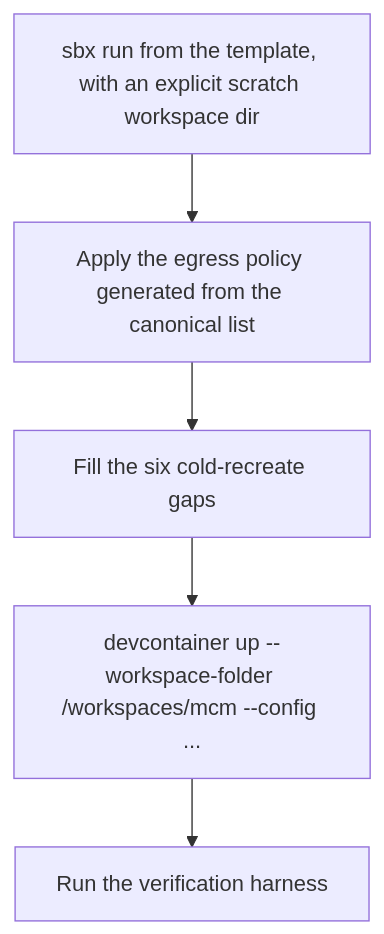
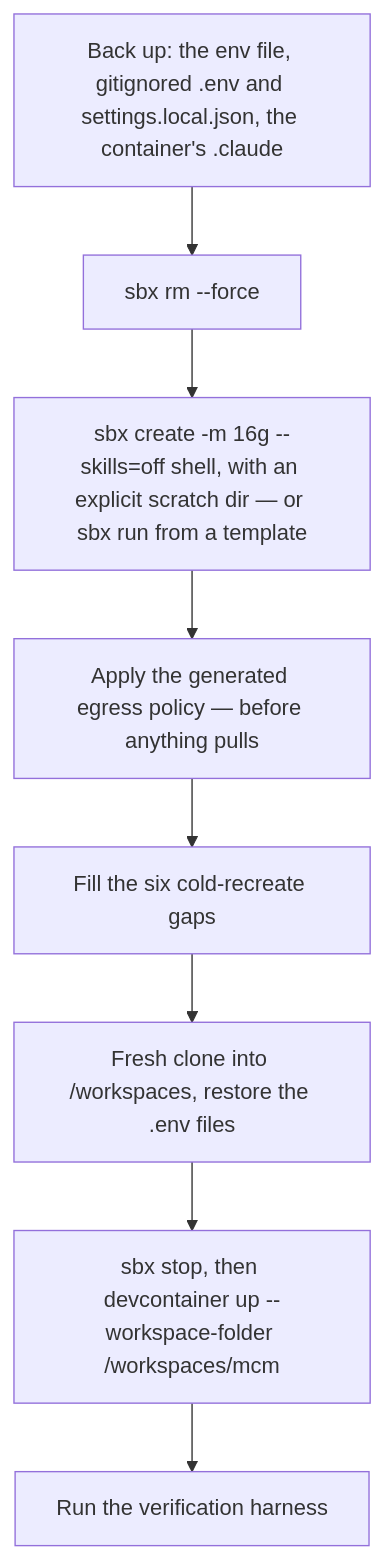
One commit to jumbleknot/MovieCollectionManager changed the first of 3 diagrams in openwiki/runbooks/devcontainer-sandbox-lifecycle.md. Above: the diagram before and after it, drawn with Mermaid. The commit also changed other lines of this file and 10 other files, not shown here.

````diff
--- a/openwiki/runbooks/devcontainer-sandbox-lifecycle.md
+++ b/openwiki/runbooks/devcontainer-sandbox-lifecycle.md
@@ -62,7 +64,10 @@
 ```mermaid
 flowchart TD
-  A["sbx run from the template, with an explicit scratch workspace dir"] --> B["Apply the egress policy generated from the canonical list"]
-  B --> C["Fill the six cold-recreate gaps"]
-  C --> D["devcontainer up --workspace-folder /workspaces/mcm --config ..."]
-  D --> E["Run the verification harness"]
+  A["Back up: the env file, gitignored .env and settings.local.json, the container's .claude"] --> B["sbx rm --force"]
+  B --> C["sbx create -m 16g --skills=off shell, with an explicit scratch dir — or sbx run from a template"]
+  C --> D["Apply the generated egress policy — before anything pulls"]
+  D --> E["Fill the six cold-recreate gaps"]
+  E --> F["Fresh clone into /workspaces, restore the .env files"]
+  F --> G["sbx stop, then devcontainer up --workspace-folder /workspaces/mcm"]
+  G --> H["Run the verification harness"]
 ```
````
